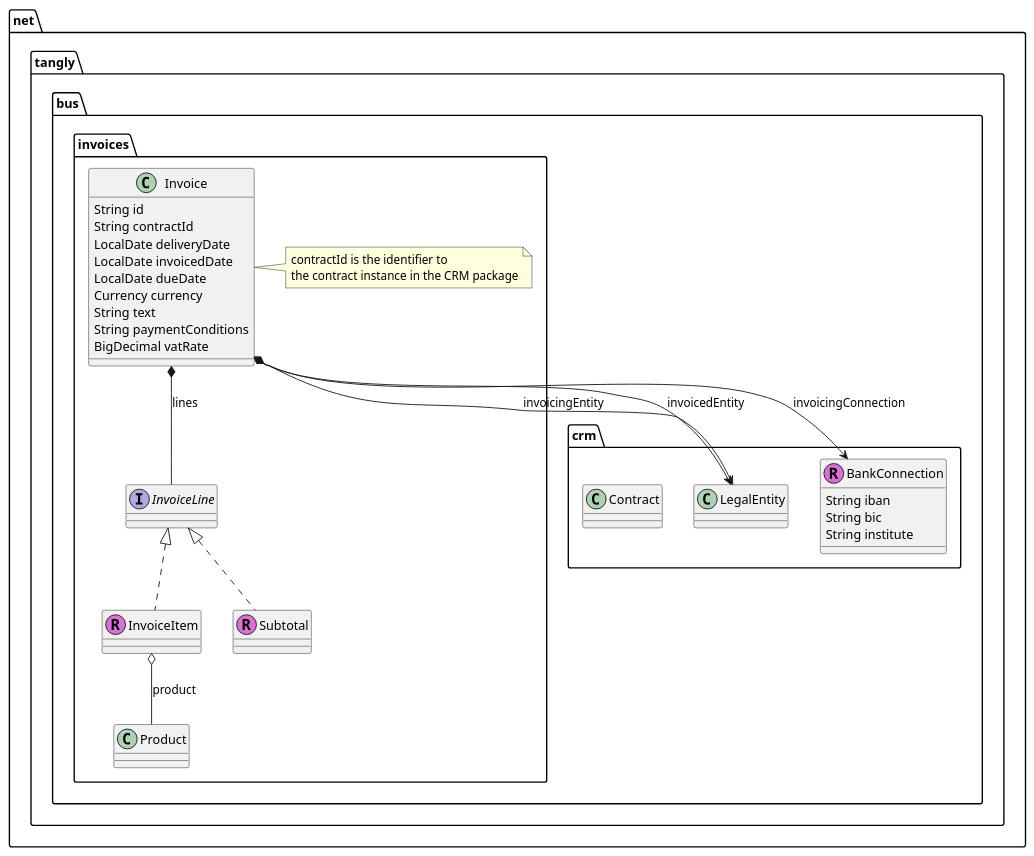
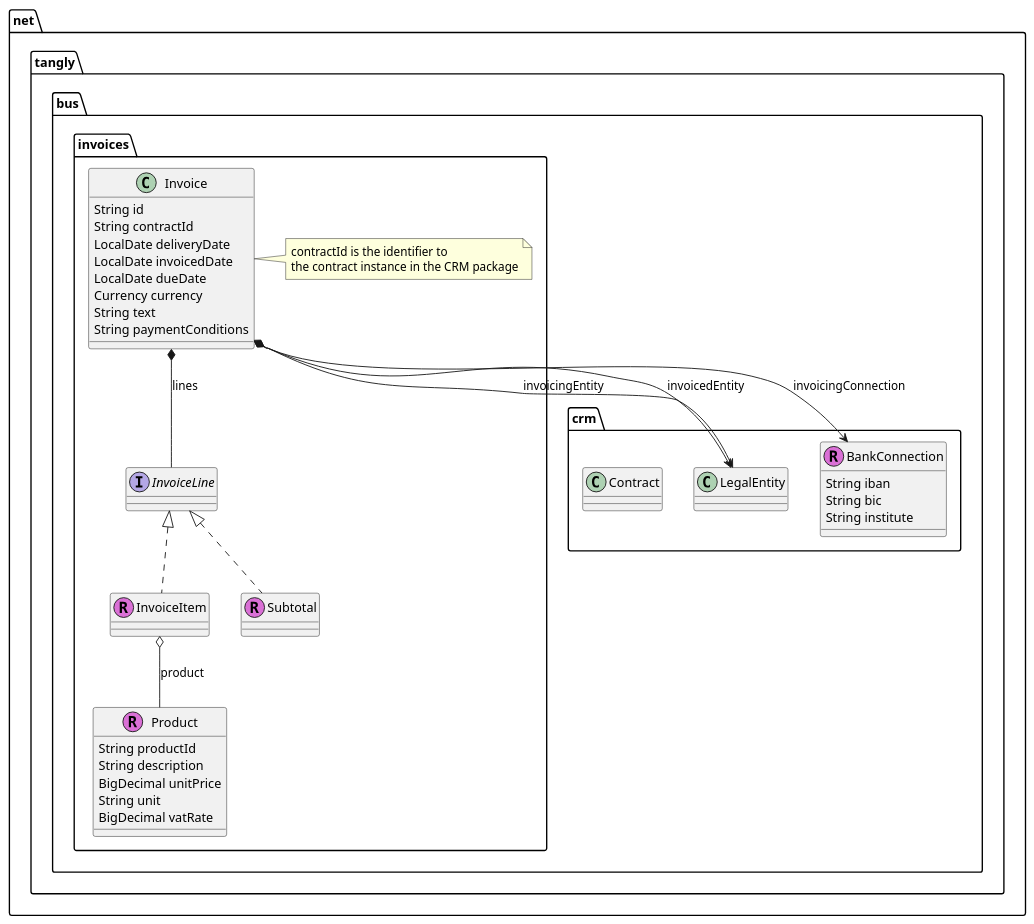
One commit to tangly-team/tangly-os changed the fourth of 6 diagrams in net.tangly.bus/src/site/businessModels.adoc. Above: the diagram before and after it, drawn with PlantUML. The commit also changed other lines of this file and 11 other files, not shown here.

```diff
--- a/net.tangly.bus/src/site/businessModels.adoc
+++ b/net.tangly.bus/src/site/businessModels.adoc
@@ -121,56 +176,58 @@
 [plantuml,bus-invoice-uml,svg]
 ....
 @startuml
 
 package net.tangly.bus.crm {
     class LegalEntity {}
 
     class BankConnection << (R,orchid) >> {
         String iban
         String bic
         String institute
     }
 
     class Contract {}
-
 }
 
 package net.tangly.bus.invoices {
-class Product {}
+class Product << (R,orchid) >> {
+    String productId
+    String description
+    BigDecimal unitPrice
+    String unit
+    BigDecimal vatRate
+}
 
 class Invoice {
     String id
     String contractId
     LocalDate deliveryDate
     LocalDate invoicedDate
     LocalDate dueDate
     Currency currency
     String text
     String paymentConditions
-    BigDecimal vatRate
 }
 
 note right: contractId is the identifier to\nthe contract instance in the CRM package
 
 Invoice *-- InvoiceLine : lines
 Invoice o--> LegalEntity : invoicingEntity
 Invoice o--> LegalEntity : invoicedEntity
 Invoice *--> BankConnection : invoicingConnection
 
 interface InvoiceLine {}
 
 class InvoiceItem << (R,orchid) >> {}
 
 InvoiceLine <|.. InvoiceItem
 
 InvoiceItem o-- Product : product
 
 class Subtotal << (R,orchid) >> {}
 
 InvoiceLine <|.. Subtotal
-
 }
-
 
 @enduml
 ....
```
